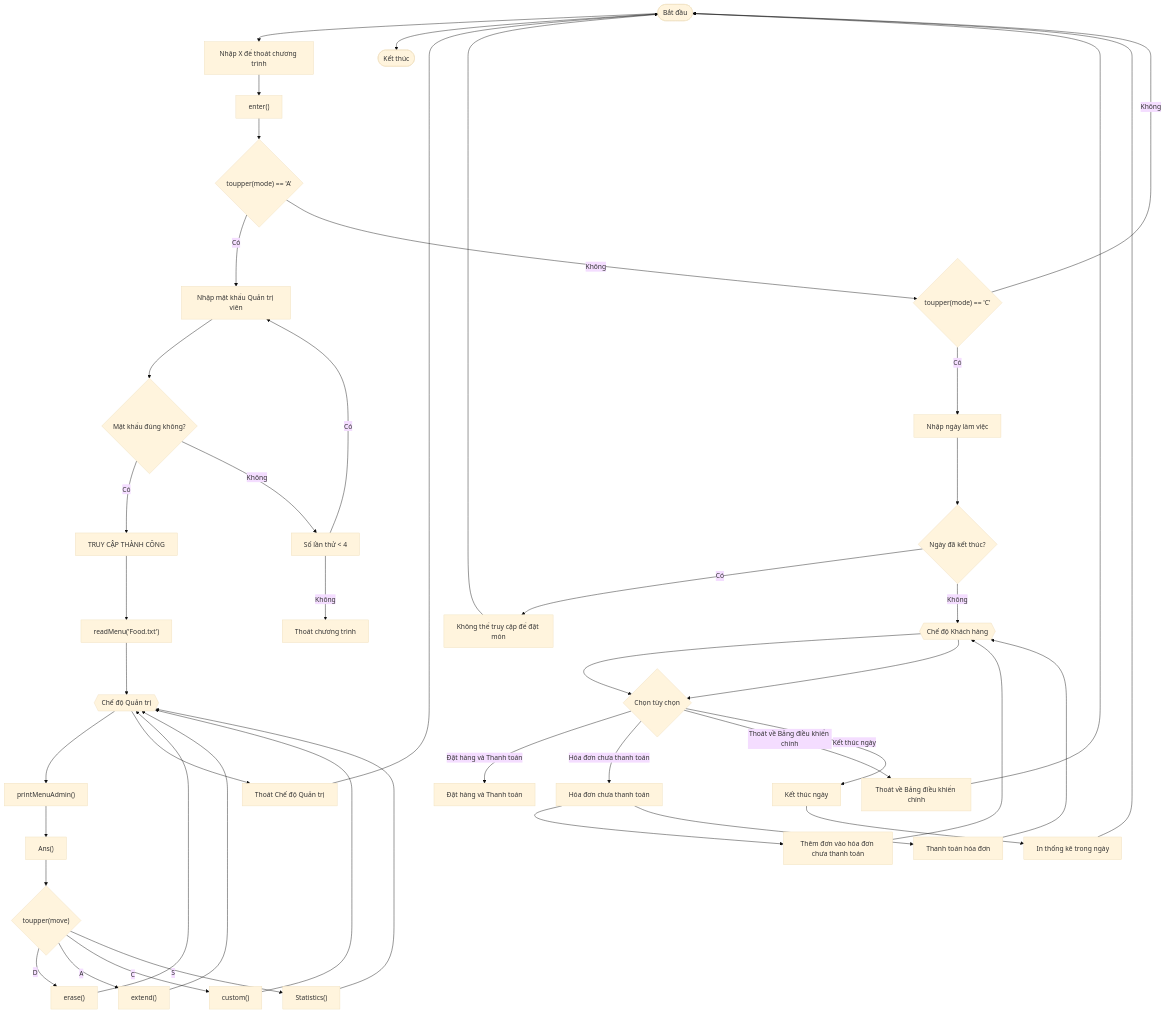
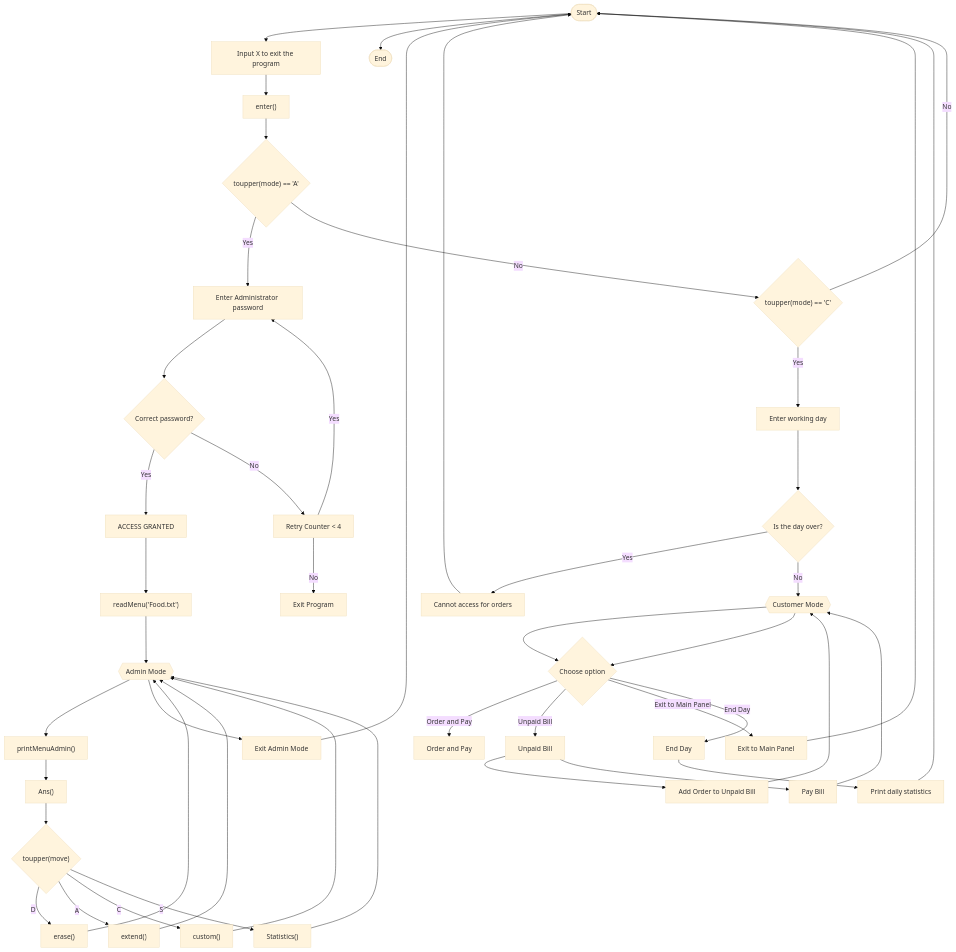
One commit to Violetta147/food-management-system changed the diagram in README.md. Above: the diagram before and after it, drawn with Mermaid (base theme).

````diff
--- a/README.md
+++ b/README.md
@@ -18,54 +18,54 @@
 ```mermaid
 flowchart TD
-    BatDau([Bắt đầu]) --> NhapX["Nhập X để thoát chương trình"]
-    NhapX --> XacNhan["enter()"]
-    XacNhan --> KiemTraCheDo{"toupper(mode) == 'A'"}
+    Start([Start]) --> InputX["Input X to exit the program"]
+    InputX --> Enter["enter()"]
+    Enter --> ModeCheck{"toupper(mode) == 'A'"}
     
-    KiemTraCheDo -- Có --> NhapMatKhauAdmin["Nhập mật khẩu Quản trị viên"]
-    NhapMatKhauAdmin --> KiemTraMatKhau{"Mật khẩu đúng không?"}
-    KiemTraMatKhau -- Có --> TruyCapThanhCong["TRUY CẬP THÀNH CÔNG"]
-    TruyCapThanhCong --> DocThucDon["readMenu('Food.txt')"]
-    DocThucDon --> VongLapCheDoAdmin{{"Chế độ Quản trị"}}
+    ModeCheck -- Yes --> AdminPassword["Enter Administrator password"]
+    AdminPassword --> PassCheck{"Correct password?"}
+    PassCheck -- Yes --> AccessGranted["ACCESS GRANTED"]
+    AccessGranted --> ReadMenu["readMenu('Food.txt')"]
+    ReadMenu --> AdminModeLoop{{"Admin Mode"}}
     
-    KiemTraMatKhau -- Không --> DemSoLanThu["Số lần thử < 4"]
-    DemSoLanThu -- Có --> NhapMatKhauAdmin
-    DemSoLanThu -- Không --> ThoatChuongTrinh["Thoát chương trình"]
+    PassCheck -- No --> RetryCounter["Retry Counter < 4"]
+    RetryCounter -- Yes --> AdminPassword
+    RetryCounter -- No --> ExitProgram["Exit Program"]
     
-    VongLapCheDoAdmin --> InMenuAdmin["printMenuAdmin()"]
-    InMenuAdmin --> TraLoiAdmin["Ans()"]
-    TraLoiAdmin --> KiemTraDiChuyen{"toupper(move)"}
+    AdminModeLoop --> PrintAdminMenu["printMenuAdmin()"]
+    PrintAdminMenu --> AdminAns["Ans()"]
+    AdminAns --> MoveCheck{"toupper(move)"}
     
-    KiemTraDiChuyen -- "D" --> XoaMon["erase()"] --> VongLapCheDoAdmin
-    KiemTraDiChuyen -- "A" --> ThemMon["extend()"] --> VongLapCheDoAdmin
-    KiemTraDiChuyen -- "C" --> DoiThongTin["custom()"] --> VongLapCheDoAdmin
-    KiemTraDiChuyen -- "S" --> ThongKe["Statistics()"] --> VongLapCheDoAdmin
+    MoveCheck -- "D" --> Erase["erase()"] --> AdminModeLoop
+    MoveCheck -- "A" --> Extend["extend()"] --> AdminModeLoop
+    MoveCheck -- "C" --> Custom["custom()"] --> AdminModeLoop
+    MoveCheck -- "S" --> Statistics["Statistics()"] --> AdminModeLoop
     
-    VongLapCheDoAdmin --> ThoatCheDoAdmin["Thoát Chế độ Quản trị"] --> BatDau
+    AdminModeLoop --> ExitAdminMode["Exit Admin Mode"] --> Start
     
-    KiemTraCheDo -- Không --> KiemTraKhachHang{"toupper(mode) == 'C'"}
-    KiemTraKhachHang -- Có --> NhapNgayLamViec["Nhập ngày làm việc"]
-    NhapNgayLamViec --> TinhTrangNgay{"Ngày đã kết thúc?"}
-    TinhTrangNgay -- Có --> KhongTruyCap["Không thể truy cập để đặt món"] --> BatDau
-    TinhTrangNgay -- Không --> CheDoKhachHang{{"Chế độ Khách hàng"}}
+    ModeCheck -- No --> CustomerCheck{"toupper(mode) == 'C'"}
+    CustomerCheck -- Yes --> WorkingDay["Enter working day"]
+    WorkingDay --> DayStatus{"Is the day over?"}
+    DayStatus -- Yes --> NoAccess["Cannot access for orders"] --> Start
+    DayStatus -- No --> CustomerMode{{"Customer Mode"}}
     
-    CheDoKhachHang --> LuaChonKhachHang{"Chọn tùy chọn"}
-    LuaChonKhachHang -- "Đặt hàng và Thanh toán" --> DatHangVaThanhToan["Đặt hàng và Thanh toán"]
-    LuaChonKhachHang -- "Hóa đơn chưa thanh toán" --> HoaDonChuaThanhToan["Hóa đơn chưa thanh toán"]
-    LuaChonKhachHang -- "Thoát về Bảng điều khiển chính" --> ThoatVeBangDieuKhien["Thoát về Bảng điều khiển chính"] --> BatDau
-    LuaChonKhachHang -- "Kết thúc ngày" --> KetThucNgay["Kết thúc ngày"]
+    CustomerMode --> CustomerOption{"Choose option"}
+    CustomerOption -- "Order and Pay" --> OrderPay["Order and Pay"]
+    CustomerOption -- "Unpaid Bill" --> UnpaidBill["Unpaid Bill"]
+    CustomerOption -- "Exit to Main Panel" --> ExitMain["Exit to Main Panel"] --> Start
+    CustomerOption -- "End Day" --> EndDay["End Day"]
     
-    HoaDonChuaThanhToan --> ThemDonHang["Thêm đơn vào hóa đơn chưa thanh toán"]
-    HoaDonChuaThanhToan --> ThanhToanHoaDon["Thanh toán hóa đơn"]
-    ThemDonHang --> CheDoKhachHang
-    ThanhToanHoaDon --> CheDoKhachHang
+    UnpaidBill --> AddOrder["Add Order to Unpaid Bill"]
+    UnpaidBill --> PayBill["Pay Bill"]
+    AddOrder --> CustomerMode
+    PayBill --> CustomerMode
     
-    KetThucNgay --> InThongKeNgay["In thống kê trong ngày"]
-    InThongKeNgay --> BatDau
+    EndDay --> DayStatistics["Print daily statistics"]
+    DayStatistics --> Start
 
-    CheDoKhachHang --> LuaChonKhachHang
-    KiemTraKhachHang -- Không --> BatDau
+    CustomerMode --> CustomerOption
+    CustomerCheck -- No --> Start
     
-    BatDau --> KetThuc([Kết thúc])
+    Start --> End([End])
 
 
 ```
````
